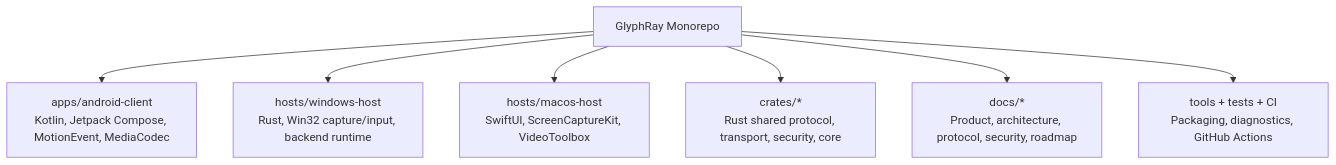
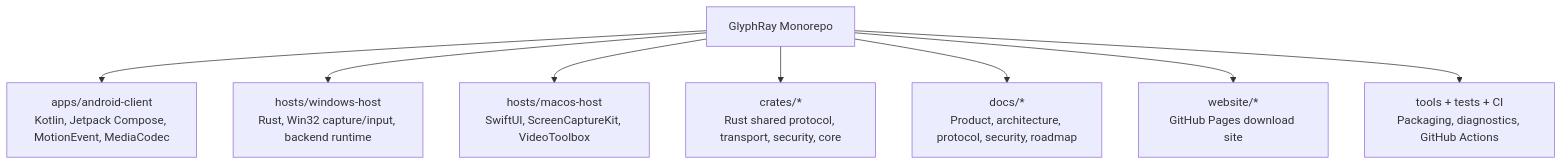
Before and after one commit to lingmulongtai/GlyphRay: the second of 5 diagrams in README.md, drawn with Mermaid. The commit also changed other lines of this file and 10 other files, not shown here.

````diff
--- a/README.md
+++ b/README.md
@@ -41,17 +41,19 @@
 ```mermaid
 flowchart TB
   Root["GlyphRay Monorepo"]
   Android["apps/android-client\nKotlin, Jetpack Compose, MotionEvent, MediaCodec"]
   Windows["hosts/windows-host\nRust, Win32 capture/input, backend runtime"]
   Mac["hosts/macos-host\nSwiftUI, ScreenCaptureKit, VideoToolbox"]
   Crates["crates/*\nRust shared protocol, transport, security, core"]
   Docs["docs/*\nProduct, architecture, protocol, security, roadmap"]
+  Website["website/*\nGitHub Pages download site"]
   Tools["tools + tests + CI\nPackaging, diagnostics, GitHub Actions"]
 
   Root --> Android
   Root --> Windows
   Root --> Mac
   Root --> Crates
   Root --> Docs
+  Root --> Website
   Root --> Tools
 ```
````
